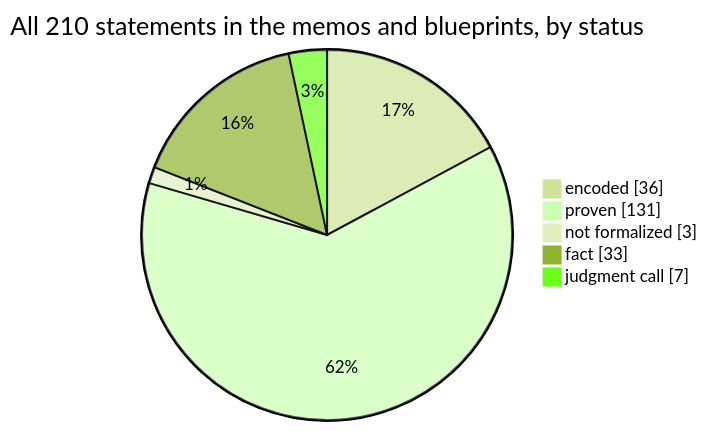
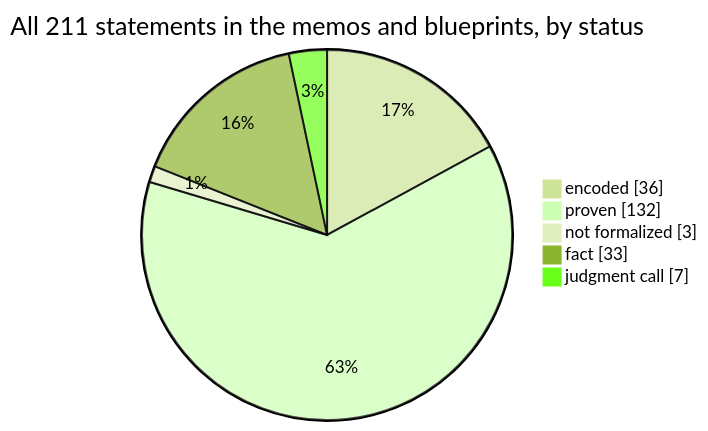
One commit to SeanWMurray/Canteen changed the first of 4 diagrams in docs/graphs/dashboard.md. Above: the diagram before and after it, drawn with Mermaid (forest theme). The commit also changed other lines of this file and 16 other files, not shown here.

````diff
--- a/docs/graphs/dashboard.md
+++ b/docs/graphs/dashboard.md
@@ -11,8 +11,8 @@
 ```mermaid
-pie showData title All 210 statements in the memos and blueprints, by status
+pie showData title All 211 statements in the memos and blueprints, by status
     "encoded" : 36
-    "proven" : 131
+    "proven" : 132
     "not formalized" : 3
     "fact" : 33
     "judgment call" : 7
 ```
````
